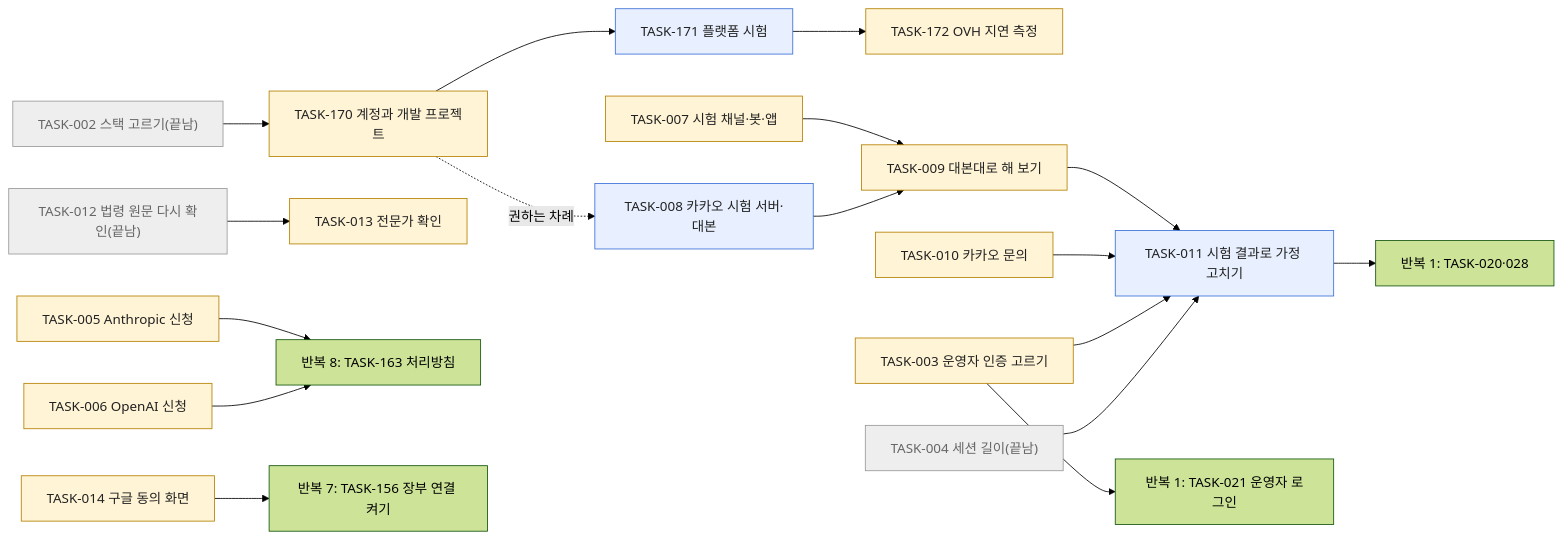
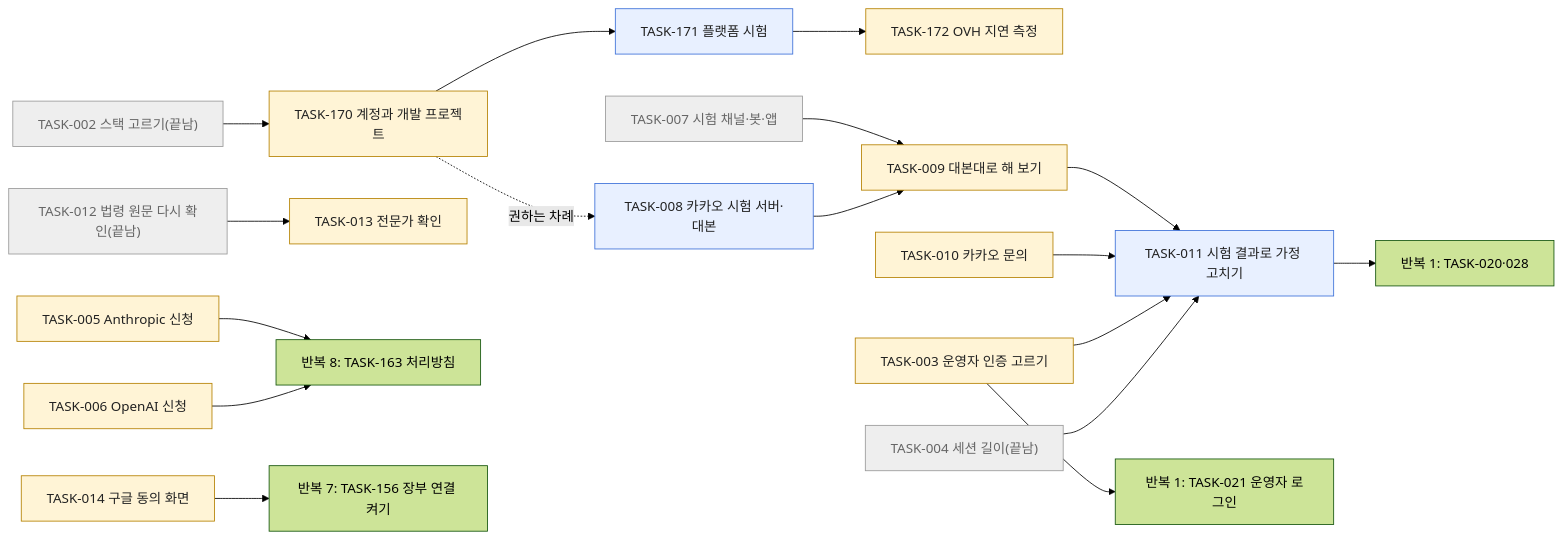
One commit to kodonghui/siljang.ai changed the diagram in docs/10-wbs/iteration-0-guide.md. Above: the diagram before and after it, drawn with Mermaid (forest theme). The commit also changed other lines of this file and 7 other files, not shown here.

````diff
--- a/docs/10-wbs/iteration-0-guide.md
+++ b/docs/10-wbs/iteration-0-guide.md
@@ -35,22 +35,22 @@
 ```mermaid
 flowchart LR
   classDef dh fill:#fff4d6,stroke:#b58100,color:#222222
   classDef cl fill:#e8f0ff,stroke:#3b6fd8,color:#222222
   classDef done fill:#eeeeee,stroke:#999999,color:#666666
   T002["TASK-002 스택 고르기(끝남)"]:::done --> T170["TASK-170 계정과 개발 프로젝트"]:::dh
   T170 --> T171["TASK-171 플랫폼 시험"]:::cl
   T171 --> T172["TASK-172 OVH 지연 측정"]:::dh
   T170 -.->|권하는 차례| T008["TASK-008 카카오 시험 서버·대본"]:::cl
-  T007["TASK-007 시험 채널·봇·앱"]:::dh --> T009["TASK-009 대본대로 해 보기"]:::dh
+  T007["TASK-007 시험 채널·봇·앱"]:::done --> T009["TASK-009 대본대로 해 보기"]:::dh
   T008 --> T009
   T009 --> T011["TASK-011 시험 결과로 가정 고치기"]:::cl
   T010["TASK-010 카카오 문의"]:::dh --> T011
   T003["TASK-003 운영자 인증 고르기"]:::dh --> T011
   T004["TASK-004 세션 길이(끝남)"]:::done --> T011
   T011 --> R1["반복 1: TASK-020·028"]
   T003 --> T021["반복 1: TASK-021 운영자 로그인"]
   T012["TASK-012 법령 원문 다시 확인(끝남)"]:::done --> T013["TASK-013 전문가 확인"]:::dh
   T005["TASK-005 Anthropic 신청"]:::dh --> T163["반복 8: TASK-163 처리방침"]
   T006["TASK-006 OpenAI 신청"]:::dh --> T163
   T014["TASK-014 구글 동의 화면"]:::dh --> T156["반복 7: TASK-156 장부 연결 켜기"]
 ```
````
